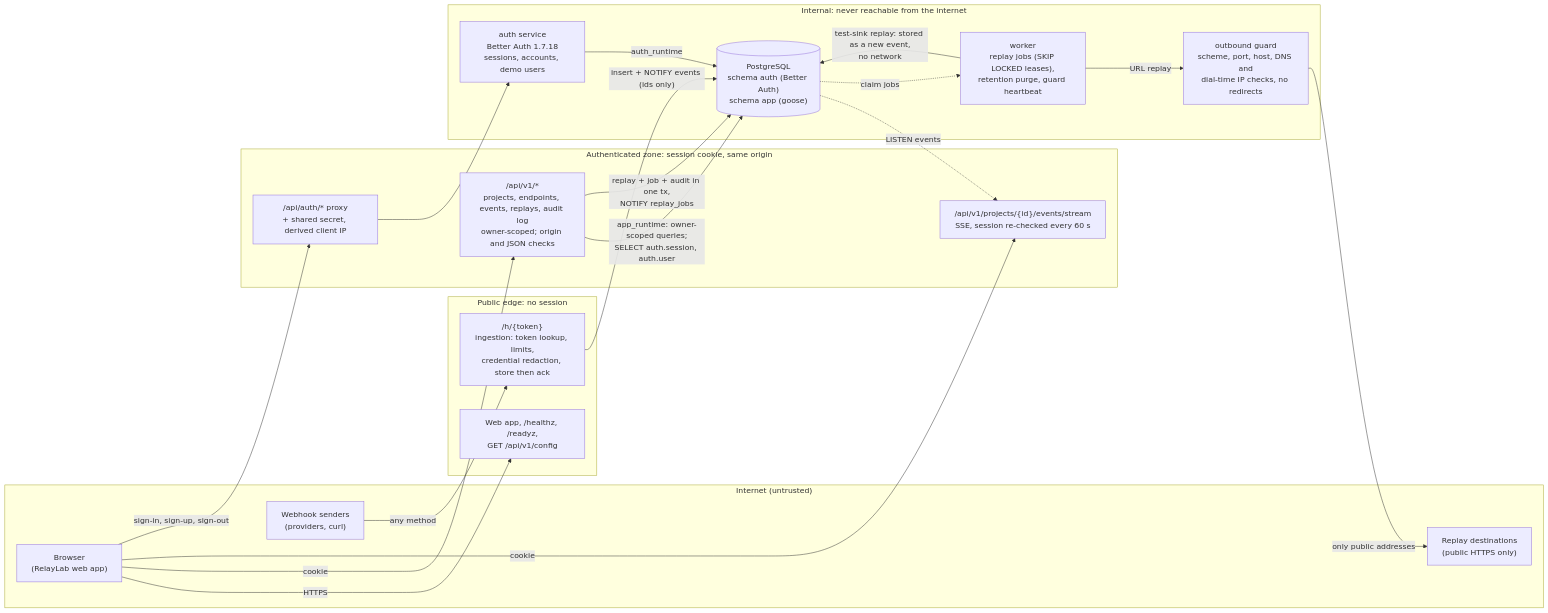
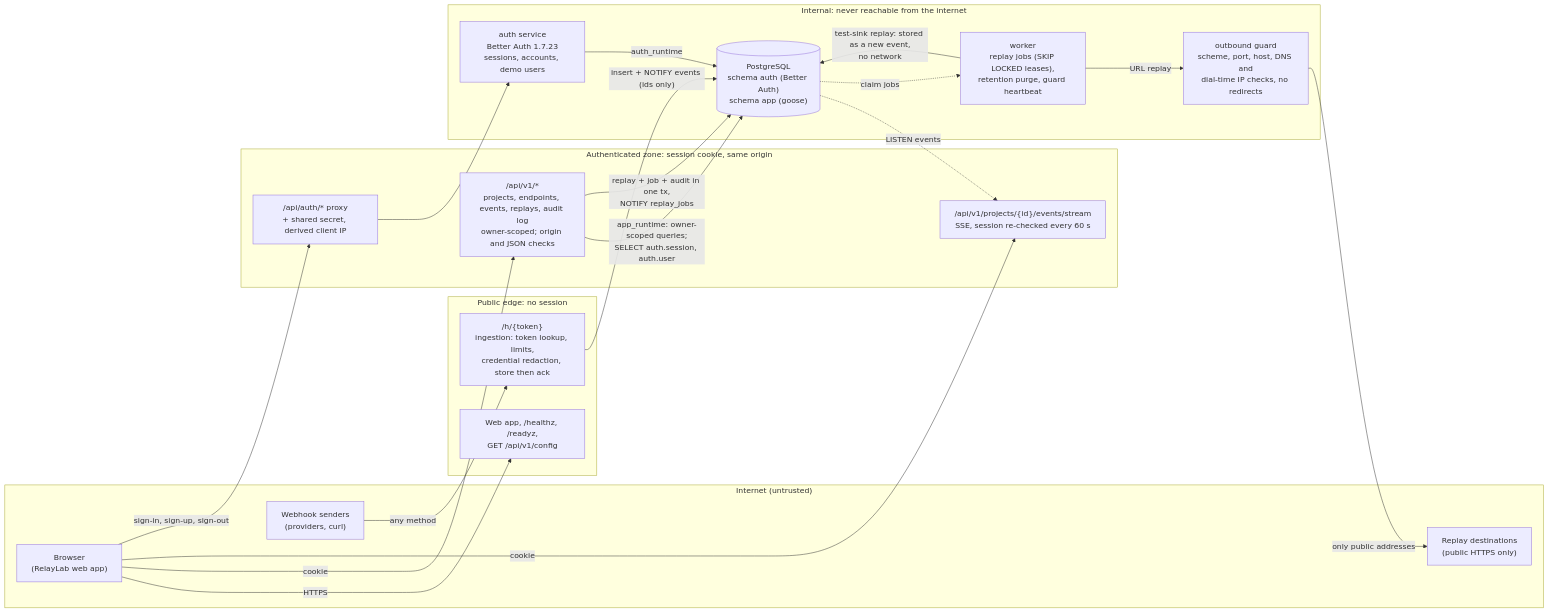
One commit to yasineh/relaylab-app changed the first of 3 diagrams in docs/architecture/overview.md. Above: the diagram before and after it, drawn with Mermaid. The commit also changed 33 other files, not shown here.

````diff
--- a/docs/architecture/overview.md
+++ b/docs/architecture/overview.md
@@ -11,42 +11,42 @@
 ```mermaid
 flowchart LR
   subgraph internet["Internet (untrusted)"]
     sender["Webhook senders<br/>(providers, curl)"]
     browser["Browser<br/>(RelayLab web app)"]
     dest["Replay destinations<br/>(public HTTPS only)"]
   end
 
   subgraph edge["Public edge: no session"]
     ingest["/h/{token}<br/>ingestion: token lookup, limits,<br/>credential redaction, store then ack"]
     static["Web app, /healthz, /readyz,<br/>GET /api/v1/config"]
   end
 
   subgraph authn["Authenticated zone: session cookie, same origin"]
     v1["/api/v1/*<br/>projects, endpoints, events, replays, audit log<br/>owner-scoped; origin and JSON checks"]
     sse["/api/v1/projects/{id}/events/stream<br/>SSE, session re-checked every 60 s"]
     proxy["/api/auth/* proxy<br/>+ shared secret, derived client IP"]
   end
 
   subgraph internal["Internal: never reachable from the internet"]
-    auth["auth service<br/>Better Auth 1.7.18<br/>sessions, accounts, demo users"]
+    auth["auth service<br/>Better Auth 1.7.23<br/>sessions, accounts, demo users"]
     worker["worker<br/>replay jobs (SKIP LOCKED leases),<br/>retention purge, guard heartbeat"]
     guard["outbound guard<br/>scheme, port, host, DNS and<br/>dial-time IP checks, no redirects"]
     pg[("PostgreSQL<br/>schema auth (Better Auth)<br/>schema app (goose)")]
   end
 
   sender -->|"any method"| ingest
   browser -->|"HTTPS"| static
   browser -->|"cookie"| v1
   browser -->|"cookie"| sse
   browser -->|"sign-in, sign-up, sign-out"| proxy
   proxy --> auth
   ingest -->|"insert + NOTIFY events (ids only)"| pg
   v1 -->|"app_runtime: owner-scoped queries;<br/>SELECT auth.session, auth.user"| pg
   pg -.->|"LISTEN events"| sse
   v1 -->|"replay + job + audit in one tx,<br/>NOTIFY replay_jobs"| pg
   pg -.->|"claim jobs"| worker
   worker -->|"URL replay"| guard
   guard -->|"only public addresses"| dest
   worker -->|"test-sink replay: stored as a new event,<br/>no network"| pg
   auth -->|"auth_runtime"| pg
 ```
````
